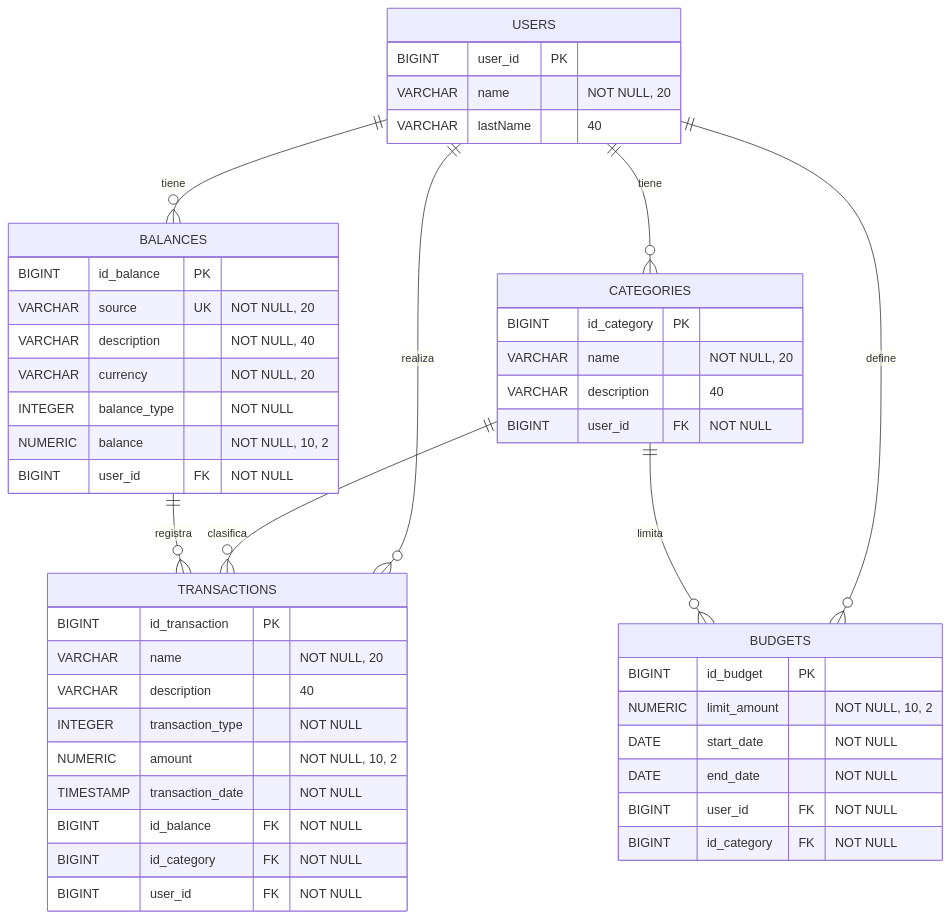
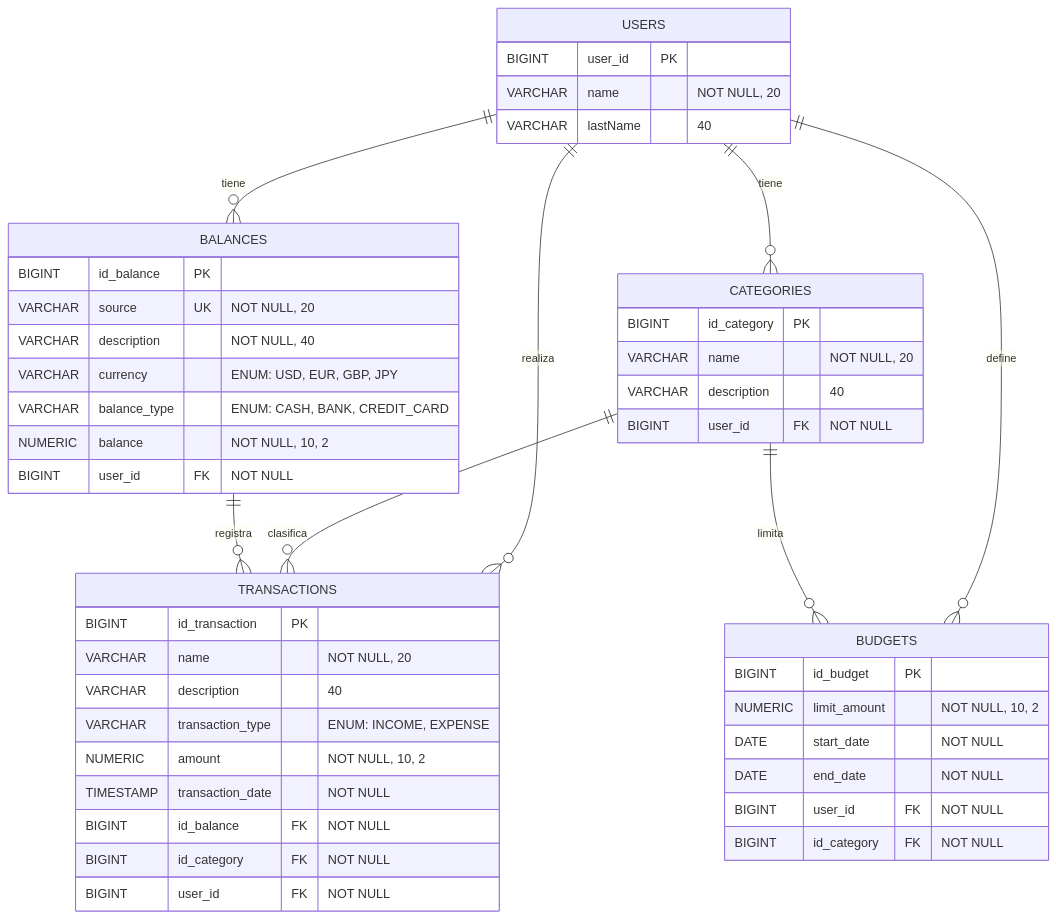
One commit to Osvaldox3010/WalletTracker changed the diagram in wallet-tracker/docs/ERDiagram.md. Above: the diagram before and after it, drawn with Mermaid. The commit also changed other lines of this file and 2 other files, not shown here.

````diff
--- a/wallet-tracker/docs/ERDiagram.md
+++ b/wallet-tracker/docs/ERDiagram.md
@@ -1,54 +1,54 @@
 ```mermaid
 erDiagram
     USERS {
         BIGINT user_id PK
         VARCHAR name "NOT NULL, 20"
         VARCHAR lastName "40"
     }
 
     CATEGORIES {
         BIGINT id_category PK
         VARCHAR name "NOT NULL, 20"
         VARCHAR description "40"
         BIGINT user_id FK "NOT NULL"
     }
 
     BALANCES {
         BIGINT id_balance PK
         VARCHAR source UK "NOT NULL, 20"
         VARCHAR description "NOT NULL, 40"
-        VARCHAR currency "NOT NULL, 20"
-        INTEGER balance_type "NOT NULL"
+        VARCHAR currency "ENUM: USD, EUR, GBP, JPY"
+        VARCHAR balance_type "ENUM: CASH, BANK, CREDIT_CARD"
         NUMERIC balance "NOT NULL, 10, 2"
         BIGINT user_id FK "NOT NULL"
     }
 
     TRANSACTIONS {
         BIGINT id_transaction PK
         VARCHAR name "NOT NULL, 20"
         VARCHAR description "40"
-        INTEGER transaction_type "NOT NULL"
+        VARCHAR transaction_type "ENUM: INCOME, EXPENSE"
         NUMERIC amount "NOT NULL, 10, 2"
         TIMESTAMP transaction_date "NOT NULL"
         BIGINT id_balance FK "NOT NULL"
         BIGINT id_category FK "NOT NULL"
         BIGINT user_id FK "NOT NULL"
     }
 
     BUDGETS {
         BIGINT id_budget PK
         NUMERIC limit_amount "NOT NULL, 10, 2"
         DATE start_date "NOT NULL"
         DATE end_date "NOT NULL"
         BIGINT user_id FK "NOT NULL"
         BIGINT id_category FK "NOT NULL"
     }
 
     USERS ||--o{ CATEGORIES : tiene
     USERS ||--o{ BALANCES : tiene
     USERS ||--o{ TRANSACTIONS : realiza
     USERS ||--o{ BUDGETS : define
     CATEGORIES ||--o{ TRANSACTIONS : clasifica
     CATEGORIES ||--o{ BUDGETS : limita
     BALANCES ||--o{ TRANSACTIONS : registra
 ```
````
